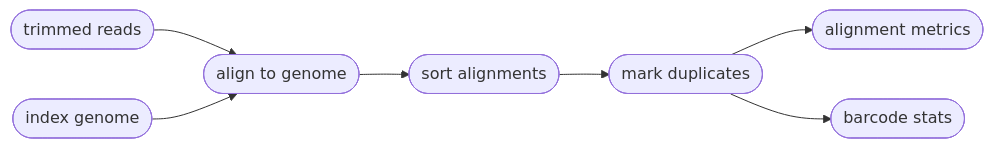
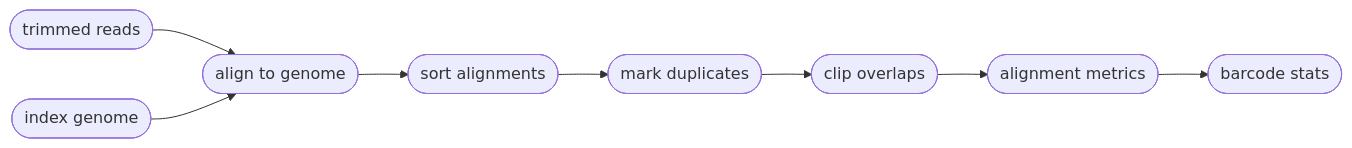
One commit to pdimens/harpy changed the first of 2 diagrams in Modules/align.md. Above: the diagram before and after it, drawn with Mermaid. The commit also changed other lines of this file and 1 other file, not shown here.

````diff
--- a/Modules/align.md
+++ b/Modules/align.md
@@ -81,9 +81,10 @@
 ```mermaid
 graph LR
     Z([trimmed reads]) --> B
     A([index genome]) --> B([align to genome])
     B-->C([sort alignments])
     C-->D([mark duplicates])
-    D-->E([alignment metrics])
-    D-->F([barcode stats])
+    D-->E([clip overlaps])
+    E-->F([alignment metrics])
+    F-->G([barcode stats])
 ```
````
